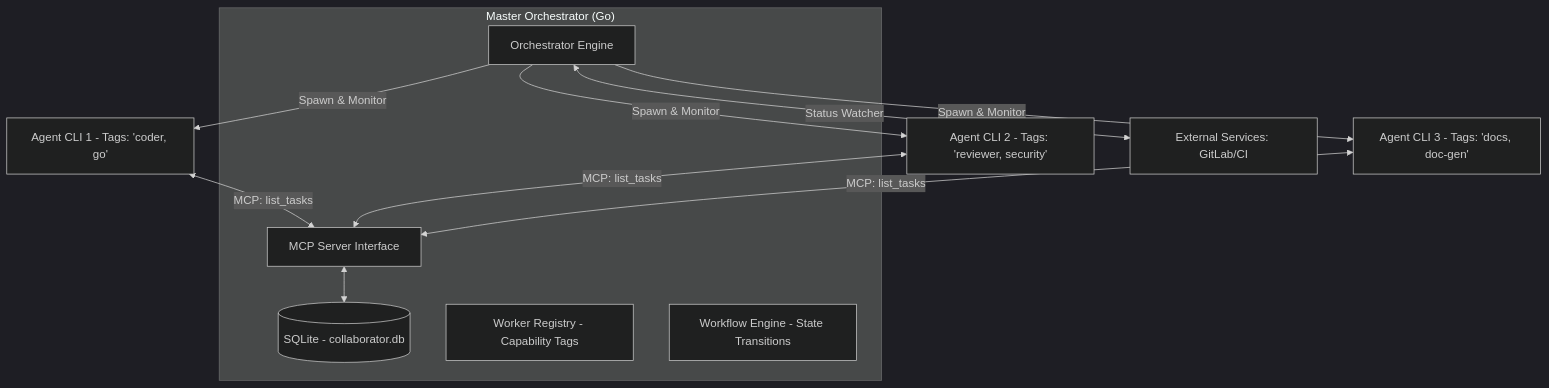
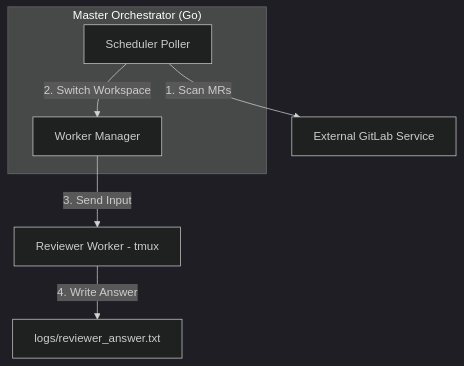
One commit to battlefield6348/agent-flow changed the diagram in docs/superpowers/specs/2026-03-31-gemini-collaborator-design.md. Above: the diagram before and after it, drawn with Mermaid (dark theme). The commit also changed other lines of this file and 5 other files, not shown here.

````diff
--- a/docs/superpowers/specs/2026-03-31-gemini-collaborator-design.md
+++ b/docs/superpowers/specs/2026-03-31-gemini-collaborator-design.md
@@ -9,25 +9,15 @@
 ```mermaid
 graph TD
     subgraph "Master Orchestrator (Go)"
-        O[Orchestrator Engine]
-        MCP[MCP Server Interface]
-        SQL[(SQLite - collaborator.db)]
-        WR[Worker Registry - Capability Tags]
-        WE[Workflow Engine - State Transitions]
+        WM[Worker Manager]
+        S[Scheduler Poller]
     end
 
-    W1[Agent CLI 1 - Tags: 'coder, go']
-    W2[Agent CLI 2 - Tags: 'reviewer, security']
-    W3[Agent CLI 3 - Tags: 'docs, doc-gen']
+    GL[External GitLab Service]
+    R_CLI[Reviewer Worker - tmux]
 
-    O -->|Spawn & Monitor| W1
-    O -->|Spawn & Monitor| W2
-    O -->|Spawn & Monitor| W3
-    
-    W1 <-->|MCP: list_tasks| MCP
-    W2 <-->|MCP: list_tasks| MCP
-    W3 <-->|MCP: list_tasks| MCP
-    
-    MCP <--> SQL
-    O <-->|Status Watcher| GL[External Services: GitLab/CI]
+    S -->|1. Scan MRs| GL
+    S -->|2. Switch Workspace| WM
+    WM -->|3. Send Input| R_CLI
+    R_CLI -->|4. Write Answer| Log[logs/reviewer_answer.txt]
 ```
````
